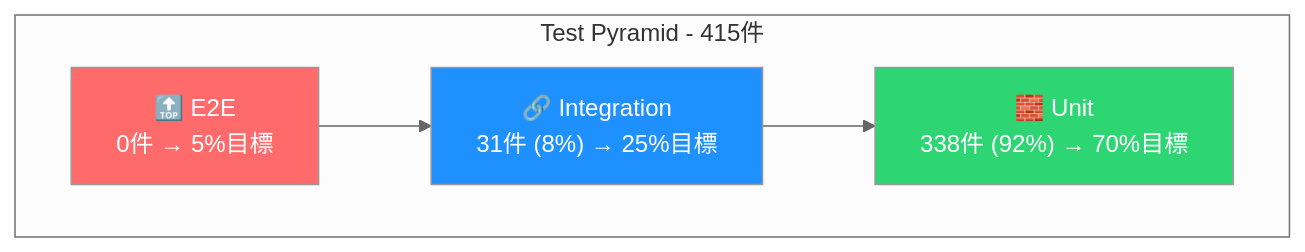
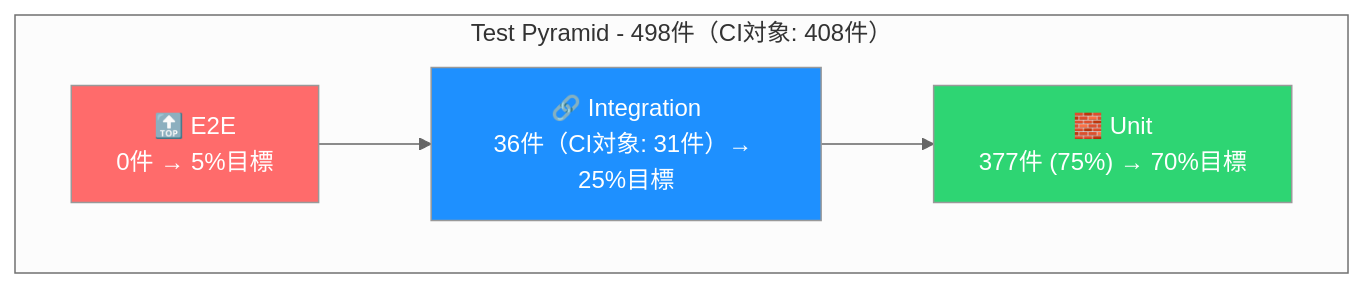
Before and after one commit to yaoki-dev/api-test-devops-portfolio: the second of 3 diagrams in README.md, drawn with Mermaid (neutral theme). The commit also changed other lines of this file, not shown here.

````diff
--- a/README.md
+++ b/README.md
@@ -269,13 +291,13 @@
 ```mermaid
 graph TB
-    subgraph "Test Pyramid - 415件"
+    subgraph "Test Pyramid - 498件（CI対象: 408件）"
         E2E["🔝 E2E<br/>0件 → 5%目標"]
-        Integration["🔗 Integration<br/>31件 (8%) → 25%目標"]
-        Unit["🧱 Unit<br/>338件 (92%) → 70%目標"]
+        Integration["🔗 Integration<br/>36件（CI対象: 31件）→ 25%目標"]
+        Unit["🧱 Unit<br/>377件 (75%) → 70%目標"]
     end
     E2E --> Integration --> Unit
 
     style E2E fill:#ff6b6b,color:#fff
     style Integration fill:#1e90ff,color:#fff
     style Unit fill:#2ed573,color:#fff
 ```
````
